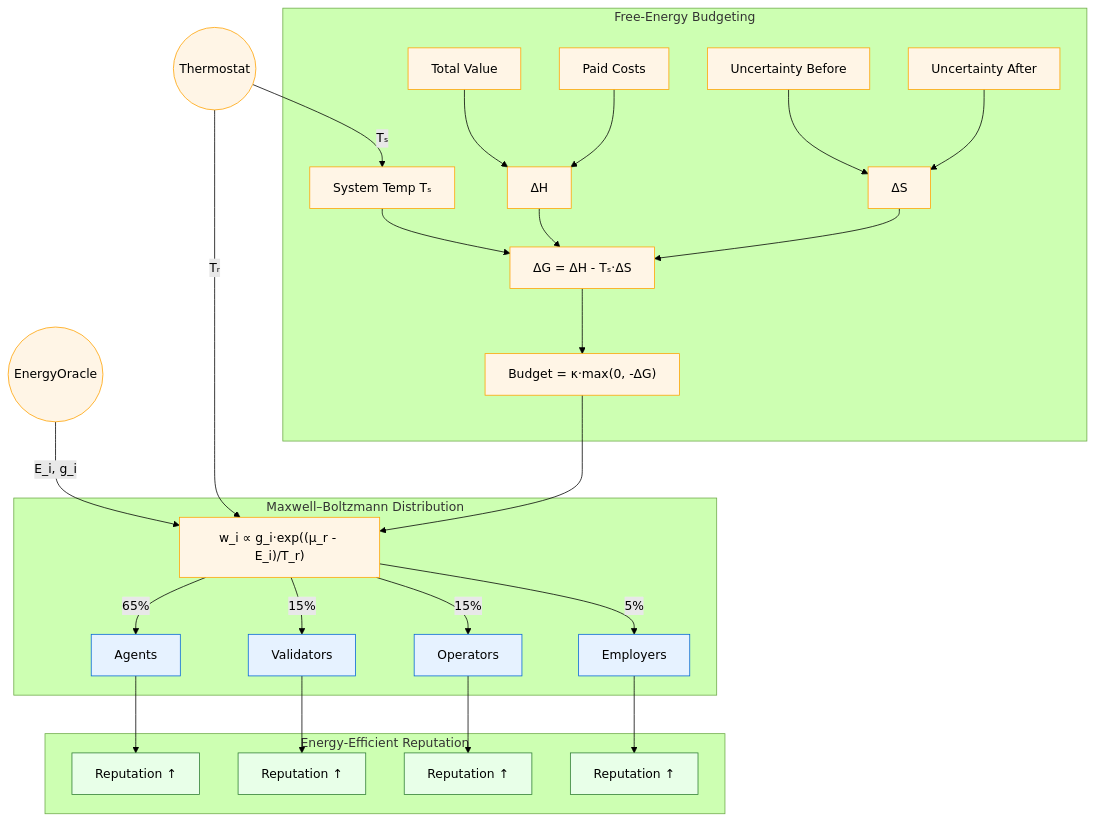
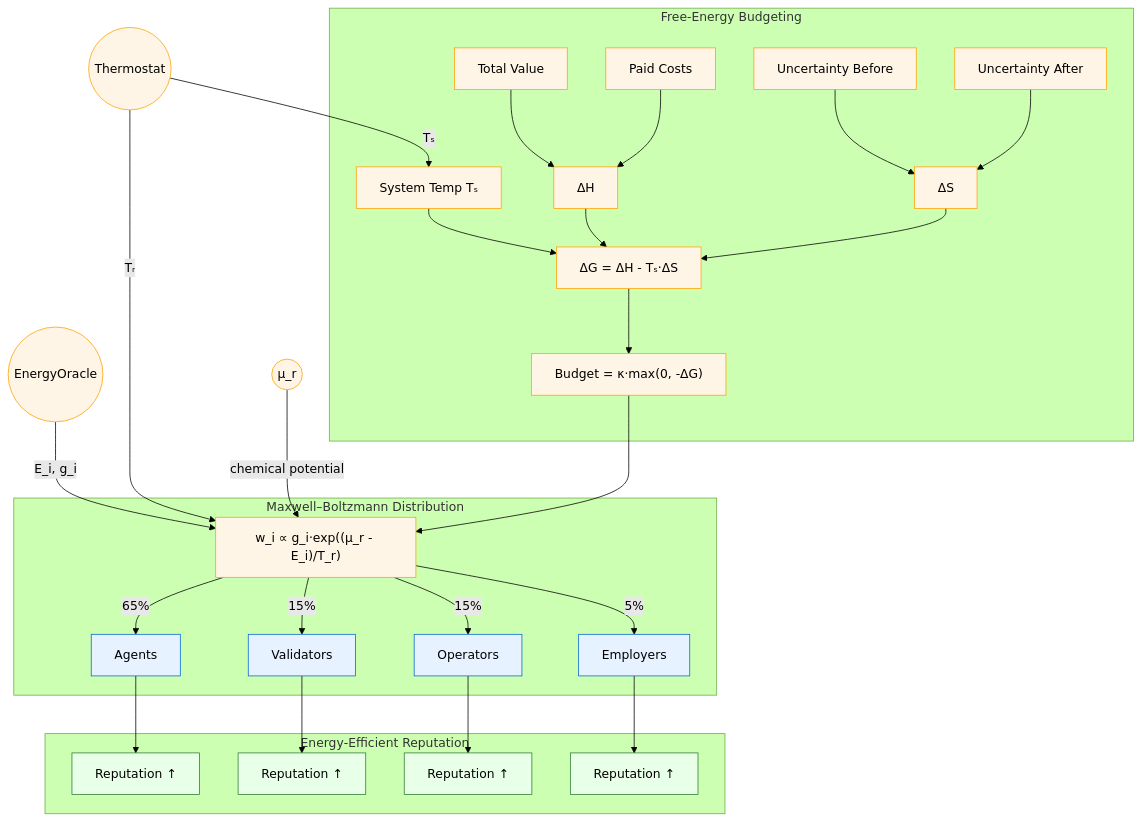
Before and after one commit to MontrealAI/AGIJobsv0: the first of 3 diagrams in README.md, drawn with Mermaid (forest theme). The commit also changed other lines of this file and 2 other files, not shown here.

Commit message:
docs: add thermodynamic incentive diagrams

````diff
--- a/README.md
+++ b/README.md
@@ -58,41 +58,42 @@
 ```mermaid
 flowchart TB
     %% Thermodynamic free-energy budgeting and allocation
     EO((EnergyOracle)) -- "E_i, g_i" --> weights
     TH((Thermostat)) -- Tₛ --> T
     TH -- Tᵣ --> weights
+    Mu((μ_r)) -- "chemical potential" --> weights
 
     subgraph Budgeting["Free-Energy Budgeting"]
         V[Total Value] --> dH["ΔH"]
         C[Paid Costs] --> dH
         Upre[Uncertainty Before] --> dS["ΔS"]
         Upost[Uncertainty After] --> dS
         T[System Temp Tₛ] --> dG["ΔG = ΔH - Tₛ·ΔS"]
         dH --> dG
         dS --> dG
         dG --> budget["Budget = κ·max(0, -ΔG)"]
     end
 
     subgraph MB["Maxwell–Boltzmann Distribution"]
         budget --> weights["w_i ∝ g_i·exp((μ_r - E_i)/T_r)"]
         weights -->|65%| Agents[Agents]
         weights -->|15%| Validators[Validators]
         weights -->|15%| Operators[Operators]
         weights -->|5%| Employers[Employers]
     end
 
     subgraph Reputation["Energy‑Efficient Reputation"]
         Agents --> RA["Reputation ↑"]
         Validators --> RV["Reputation ↑"]
         Operators --> RO["Reputation ↑"]
         Employers --> RE["Reputation ↑"]
     end
 
     classDef thermo fill:#fff5e6,stroke:#ffa200,stroke-width:1px;
     classDef role fill:#e6f2ff,stroke:#0366d6,stroke-width:1px;
     classDef rep fill:#e8ffe8,stroke:#2e7d32,stroke-width:1px;
 
-    class V,C,Upre,Upost,T,dH,dS,dG,budget,weights,EO,TH thermo;
+    class V,C,Upre,Upost,T,dH,dS,dG,budget,weights,EO,TH,Mu thermo;
     class Agents,Validators,Operators,Employers role;
     class RA,RV,RO,RE rep;
 ```
````
